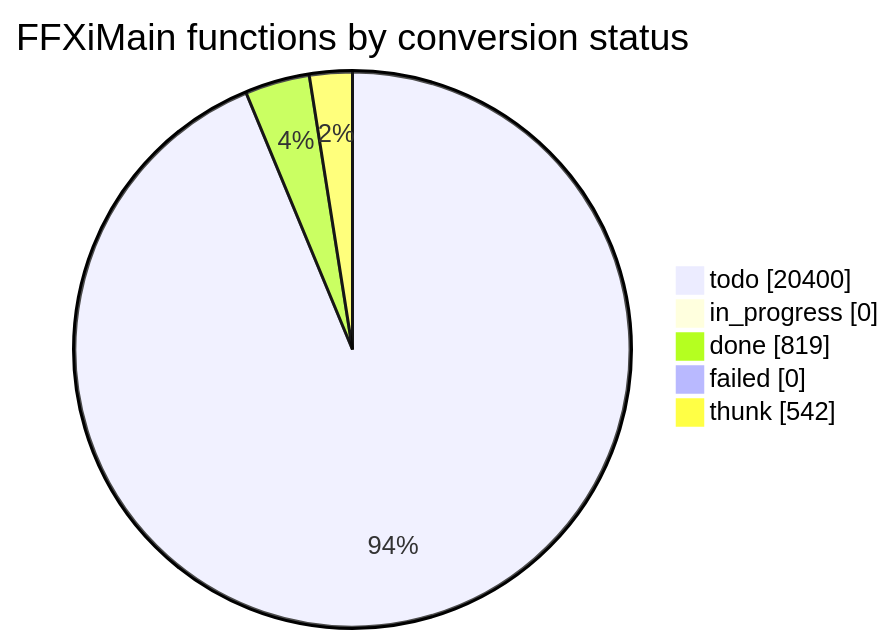
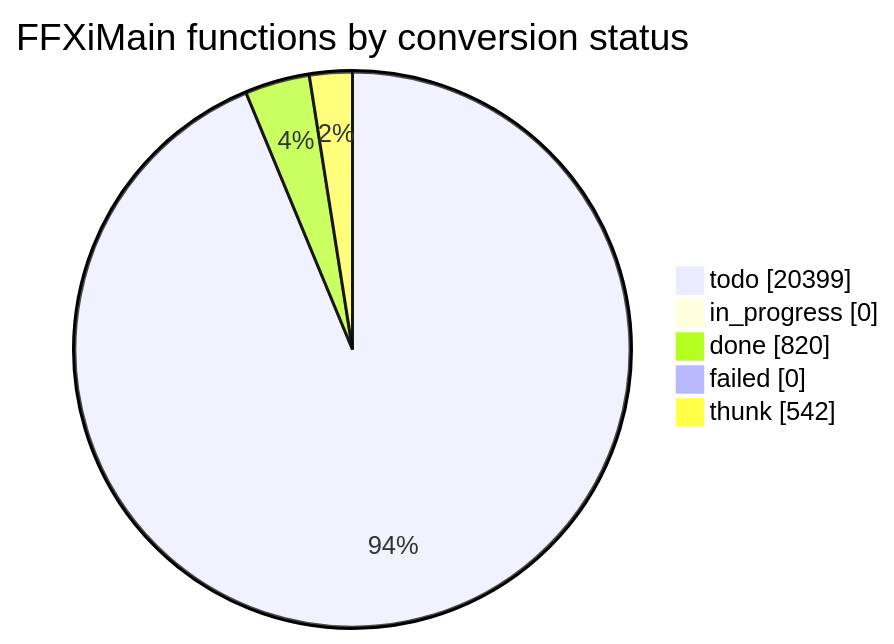
One commit to cowrevenge/cow_kuluu_xi_anything changed the diagram in docs/cow/STATUS.md. Above: the diagram before and after it, drawn with Mermaid. The commit also changed other lines of this file and 9 other files, not shown here.

````diff
--- a/docs/cow/STATUS.md
+++ b/docs/cow/STATUS.md
@@ -18,9 +18,9 @@
 ```mermaid
 pie showData
     title FFXiMain functions by conversion status
-    "todo" : 20400
+    "todo" : 20399
     "in_progress" : 0
-    "done" : 819
+    "done" : 820
     "failed" : 0
     "thunk" : 542
 ```
````
